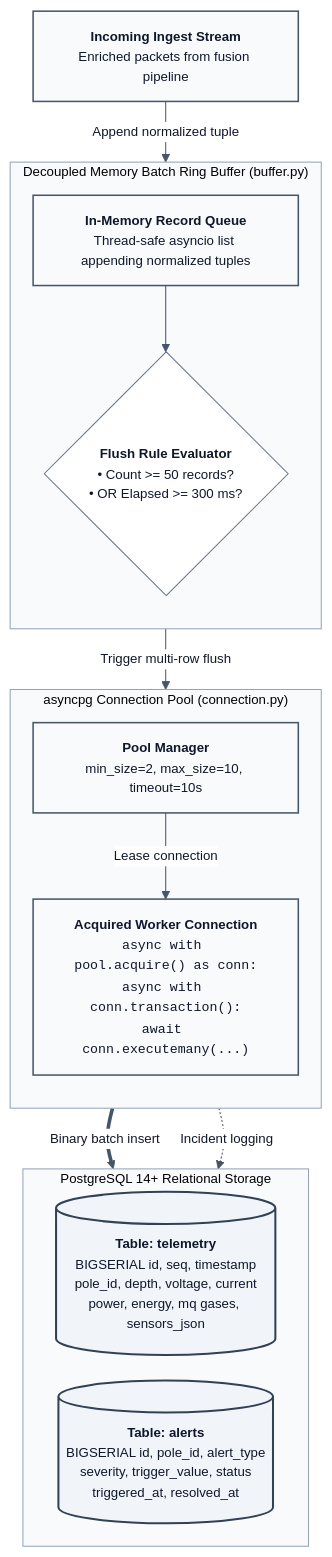
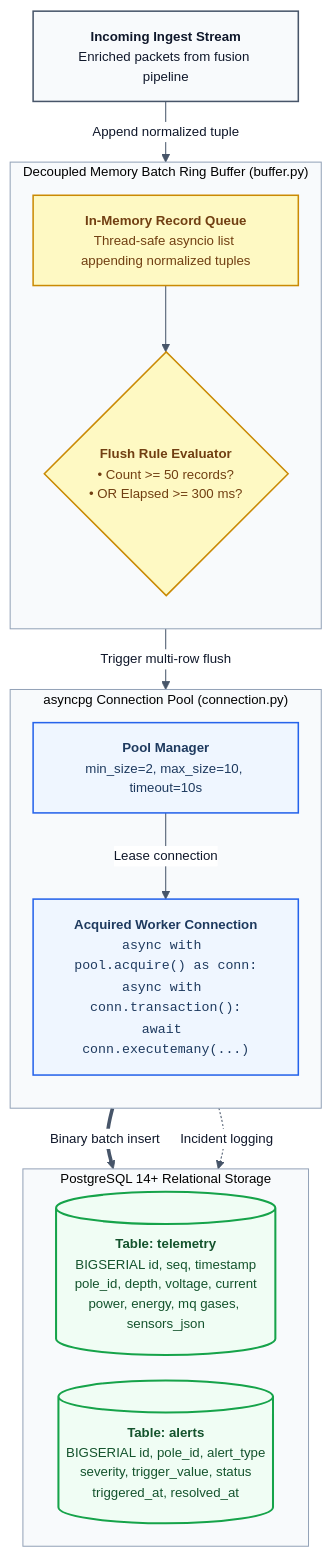
The first of 2 diagrams in docs/05_DATABASE_AND_STORAGE.md (MadhavK3/niriksha), drawn with Mermaid before and after one commit. The commit also changed other lines of this file and 10 other files, not shown here.

Commit message:
docs: overhaul architecture diagrams to semantic monochromatic Mermaid flowcharts

````diff
--- a/docs/05_DATABASE_AND_STORAGE.md
+++ b/docs/05_DATABASE_AND_STORAGE.md
@@ -11,52 +11,56 @@
 ```mermaid
 %%{init: {
   "theme": "base",
   "themeVariables": {
     "fontFamily": "Inter, Segoe UI, -apple-system, BlinkMacSystemFont, Roboto, sans-serif",
     "fontSize": "13px",
     "primaryColor": "#ffffff",
     "primaryBorderColor": "#64748b",
     "primaryTextColor": "#0f172a",
     "lineColor": "#475569",
     "clusterBkg": "#f8fafc",
     "clusterBorder": "#94a3b8"
   },
   "flowchart": { "curve": "basis", "htmlLabels": true, "nodeSpacing": 25, "rankSpacing": 40 }
 } }%%
 flowchart TB
     INGEST["<b>Incoming Ingest Stream</b><br/>Enriched packets from fusion pipeline"]
 
     subgraph BUFFER["Decoupled Memory Batch Ring Buffer (buffer.py)"]
         direction TB
         QUEUE["<b>In-Memory Record Queue</b><br/>Thread-safe asyncio list appending normalized tuples"]
         EVAL{"<b>Flush Rule Evaluator</b><br/>• Count &gt;= 50 records?<br/>• OR Elapsed &gt;= 300 ms?"}
         QUEUE --> EVAL
     end
 
     INGEST -->|"Append normalized tuple"| QUEUE
 
     subgraph POOL["asyncpg Connection Pool (connection.py)"]
         direction TB
         MGR["<b>Pool Manager</b><br/>min_size=2, max_size=10, timeout=10s"]
         CONN["<b>Acquired Worker Connection</b><br/><code>async with pool.acquire() as conn:</code><br/><code>async with conn.transaction():</code><br/><code>await conn.executemany(...)</code>"]
         MGR -->|"Lease connection"| CONN
     end
 
     EVAL -->|"Trigger multi-row flush"| CONN
 
     subgraph POSTGRES["PostgreSQL 14+ Relational Storage"]
         direction LR
         T1[("<b>Table: telemetry</b><br/>BIGSERIAL id, seq, timestamp<br/>pole_id, depth, voltage, current<br/>power, energy, mq gases, sensors_json")]
         T2[("<b>Table: alerts</b><br/>BIGSERIAL id, pole_id, alert_type<br/>severity, trigger_value, status<br/>triggered_at, resolved_at")]
     end
 
     CONN ==>|"Binary batch insert"| T1
     CONN -.->|"Incident logging"| T2
 
     classDef default fill:#ffffff,stroke:#64748b,stroke-width:1px,color:#0f172a;
-    classDef blueprint fill:#f8fafc,stroke:#475569,stroke-width:1.5px,color:#0f172a;
-    classDef storageNode fill:#f1f5f9,stroke:#334155,stroke-width:2px,color:#0f172a;
+    classDef nodeIngest fill:#f8fafc,stroke:#475569,stroke-width:1.5px,color:#0f172a;
+    classDef nodeBuffer fill:#fef9c3,stroke:#ca8a04,stroke-width:1.5px,color:#713f12;
+    classDef nodePool fill:#eff6ff,stroke:#2563eb,stroke-width:1.5px,color:#1e3a5f;
+    classDef nodeStorage fill:#f0fdf4,stroke:#16a34a,stroke-width:2px,color:#14532d;
 
-    class INGEST,QUEUE,MGR,CONN blueprint;
-    class T1,T2 storageNode;
+    class INGEST nodeIngest;
+    class QUEUE,EVAL nodeBuffer;
+    class MGR,CONN nodePool;
+    class T1,T2 nodeStorage;
 ```
````
